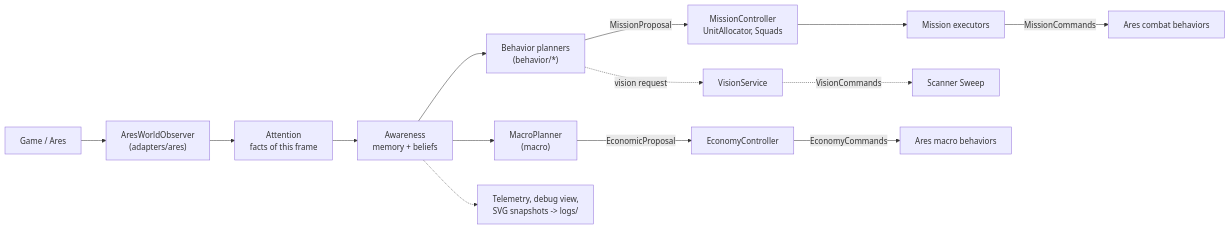
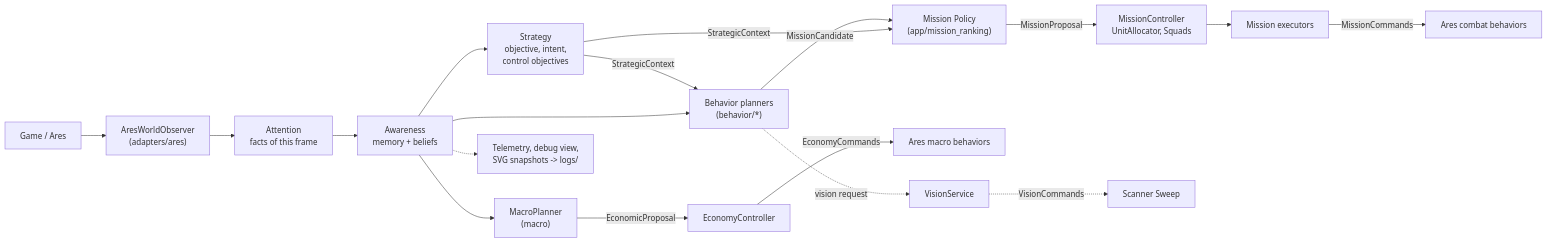
Before and after one commit to LeonardoSilvestrin/sc2bot: the diagram in docs/overview.md, drawn with Mermaid. The commit also changed other lines of this file and 22 other files, not shown here.

First line of the commit message:
refactor: complete control objective integration

````diff
--- a/docs/overview.md
+++ b/docs/overview.md
@@ -18,20 +18,24 @@
 ```mermaid
 flowchart LR
     Game["Game / Ares"] --> Observer["AresWorldObserver<br/>(adapters/ares)"]
     Observer --> Attention["Attention<br/>facts of this frame"]
     Attention --> Awareness["Awareness<br/>memory + beliefs"]
 
-    Awareness --> Behaviors["Behavior planners<br/>(behavior/*)"]
-    Behaviors -->|MissionProposal| Missions["MissionController<br/>UnitAllocator, Squads"]
+    Awareness --> Strategy["Strategy<br/>objective, intent,<br/>control objectives"]
+    Strategy -->|StrategicContext| Behaviors["Behavior planners<br/>(behavior/*)"]
+    Awareness --> Behaviors
+    Behaviors -->|MissionCandidate| Policy["Mission Policy<br/>(app/mission_ranking)"]
+    Strategy -->|StrategicContext| Policy
+    Policy -->|MissionProposal| Missions["MissionController<br/>UnitAllocator, Squads"]
     Missions --> Executors["Mission executors"]
     Executors -->|MissionCommands| AresUnits["Ares combat behaviors"]
 
     Awareness --> Macro["MacroPlanner<br/>(macro)"]
     Macro -->|EconomicProposal| Economy["EconomyController"]
     Economy -->|EconomyCommands| AresMacro["Ares macro behaviors"]
 
     Behaviors -.->|vision request| Vision["VisionService"]
     Vision -.->|VisionCommands| Scan["Scanner Sweep"]
 
     Awareness -.-> Telemetry["Telemetry, debug view,<br/>SVG snapshots -> logs/"]
 ```
````
